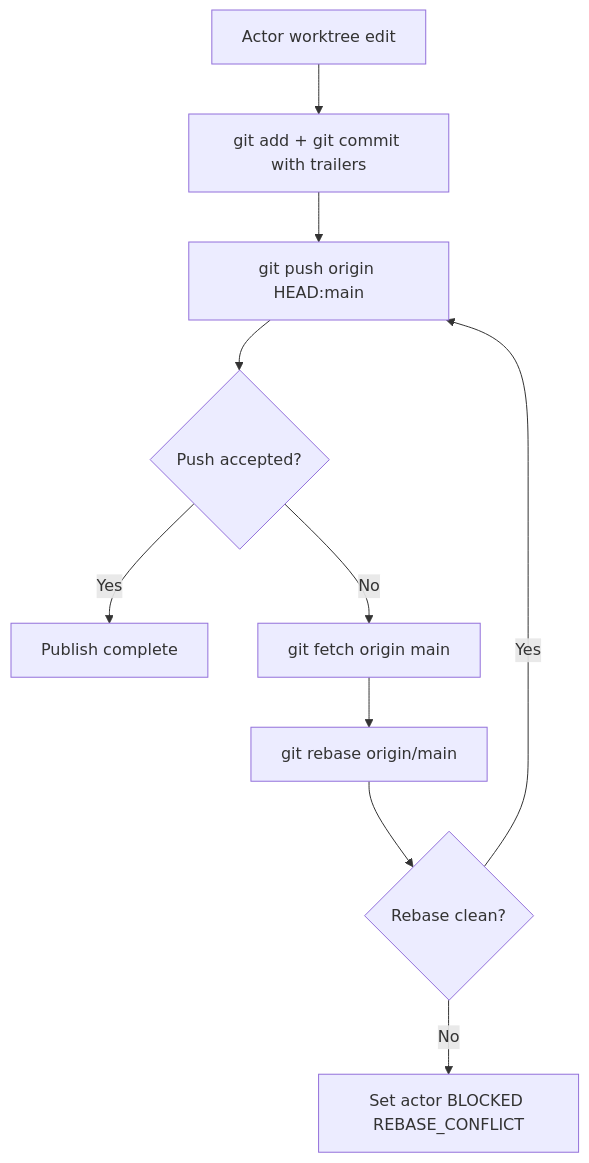
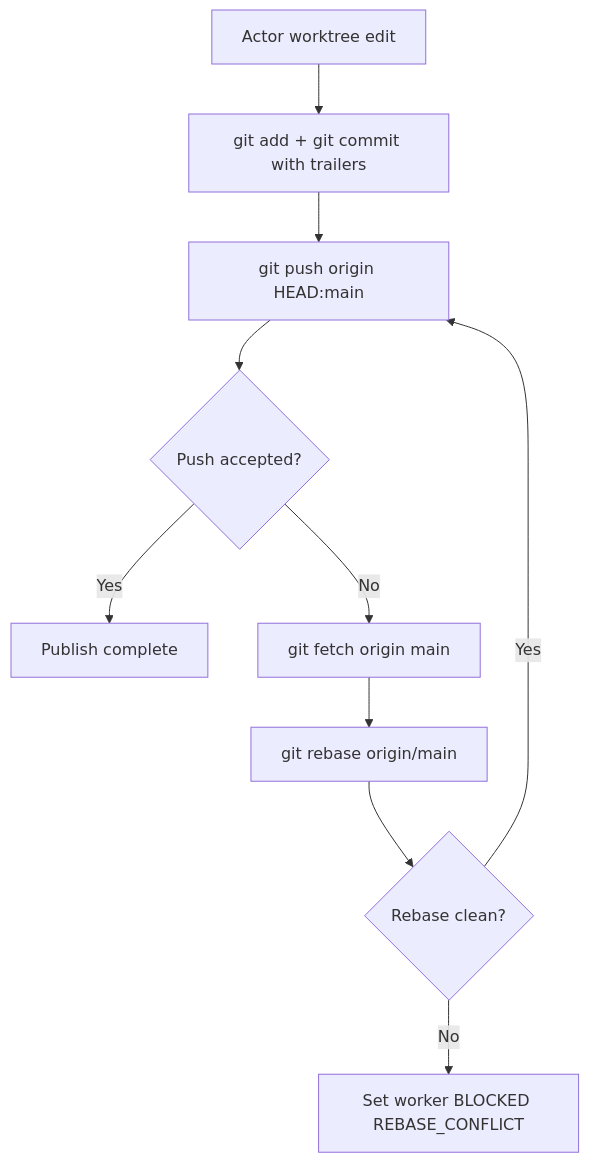
One commit to leostera/agents changed the first of 2 diagrams in docs/rfds/RFD0011-devmode.md. Above: the diagram before and after it, drawn with Mermaid. The commit also changed other lines of this file and 61 other files, not shown here.

````diff
--- a/docs/rfds/RFD0011-devmode.md
+++ b/docs/rfds/RFD0011-devmode.md
@@ -95,12 +111,12 @@
 ```mermaid
 flowchart TD
   A[Actor worktree edit] --> B[git add + git commit with trailers]
   B --> C[git push origin HEAD:main]
   C --> D{Push accepted?}
   D -->|Yes| E[Publish complete]
   D -->|No| F[git fetch origin main]
   F --> G[git rebase origin/main]
   G --> H{Rebase clean?}
   H -->|Yes| C
-  H -->|No| I[Set actor BLOCKED REBASE_CONFLICT]
+  H -->|No| I[Set worker BLOCKED REBASE_CONFLICT]
 ```
````
